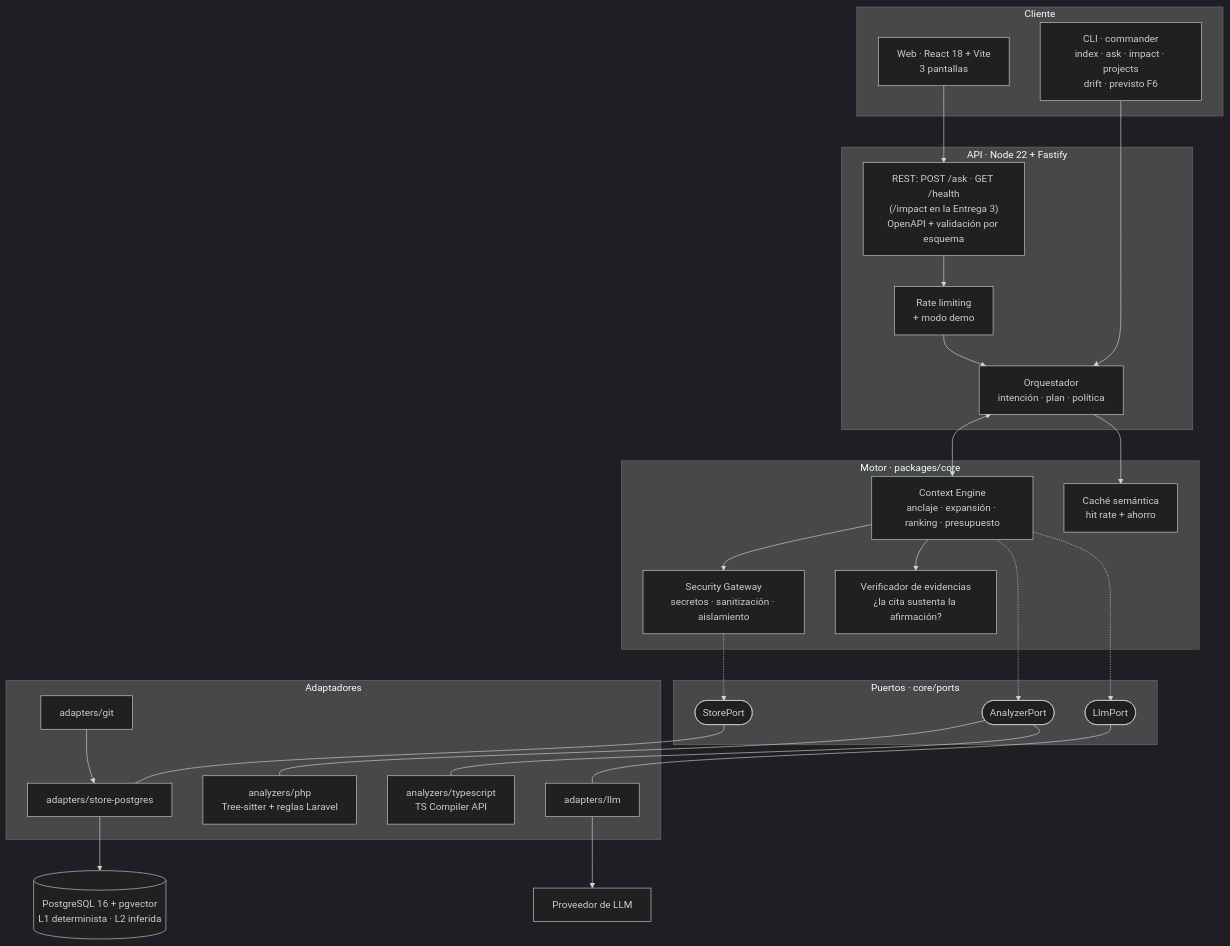
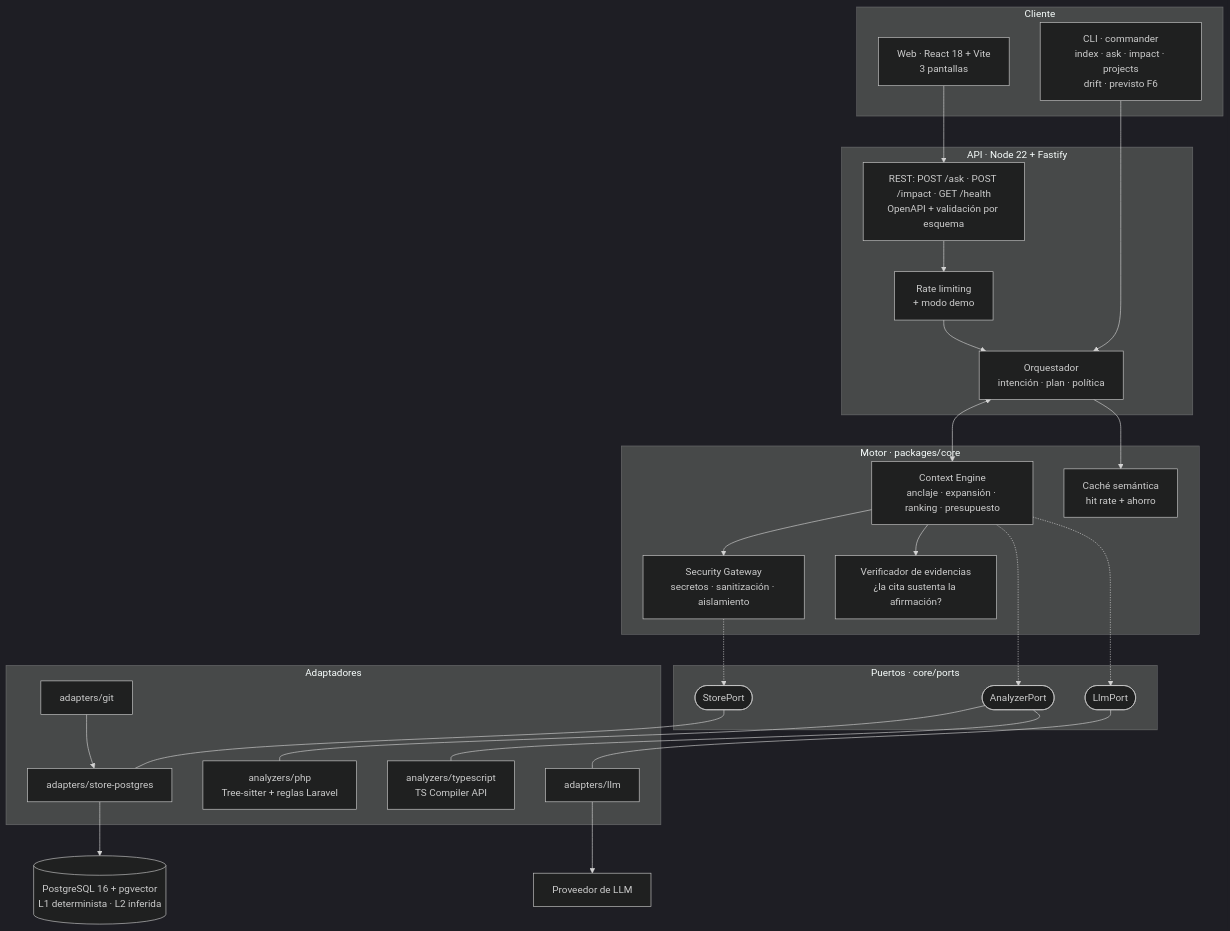
One commit to DisTinta/AI4Devs-finalproject changed the first of 4 diagrams in readme.md. Above: the diagram before and after it, drawn with Mermaid (dark theme). The commit also changed other lines of this file and 9 other files, not shown here.

First line of the commit message:
feat(DIS-95): add POST /api/projects/{projectId}/impact

````diff
--- a/readme.md
+++ b/readme.md
@@ -504,53 +504,53 @@
 ```mermaid
 flowchart TB
     subgraph client["Cliente"]
         WEB["Web · React 18 + Vite<br/>3 pantallas"]
         CLI["CLI · commander<br/>index · ask · impact · projects<br/>drift · previsto F6"]
     end
 
     subgraph api["API · Node 22 + Fastify"]
-        REST["REST: POST /ask · GET /health<br/>(/impact en la Entrega 3)<br/>OpenAPI + validación por esquema"]
+        REST["REST: POST /ask · POST /impact · GET /health<br/>OpenAPI + validación por esquema"]
         RATE["Rate limiting<br/>+ modo demo"]
         ORCH["Orquestador<br/>intención · plan · política"]
     end
 
     subgraph engine["Motor · packages/core"]
         CTX["Context Engine<br/>anclaje · expansión · ranking · presupuesto"]
         SEC["Security Gateway<br/>secretos · sanitización · aislamiento"]
         VER["Verificador de evidencias<br/>¿la cita sustenta la afirmación?"]
         CACHE["Caché semántica<br/>hit rate + ahorro"]
     end
 
     subgraph ports["Puertos · core/ports"]
         AP(["AnalyzerPort"])
         LP(["LlmPort"])
         SP(["StorePort"])
     end
 
     subgraph adapters["Adaptadores"]
         PHP["analyzers/php<br/>Tree-sitter + reglas Laravel"]
         TSA["analyzers/typescript<br/>TS Compiler API"]
         GIT["adapters/git"]
         LLMA["adapters/llm"]
         PGA["adapters/store-postgres"]
     end
 
     PG[("PostgreSQL 16 + pgvector<br/>L1 determinista · L2 inferida")]
     LLM["Proveedor de LLM"]
 
     WEB --> REST
     CLI --> ORCH
     REST --> RATE --> ORCH
     ORCH <--> CTX
     ORCH --> CACHE
     CTX --> SEC
     CTX --> VER
     CTX -.-> AP
     CTX -.-> LP
     SEC -.-> SP
     AP --- PHP
     AP --- TSA
     LP --- LLMA --> LLM
     SP --- PGA --> PG
     GIT --> PGA
 ```
````
